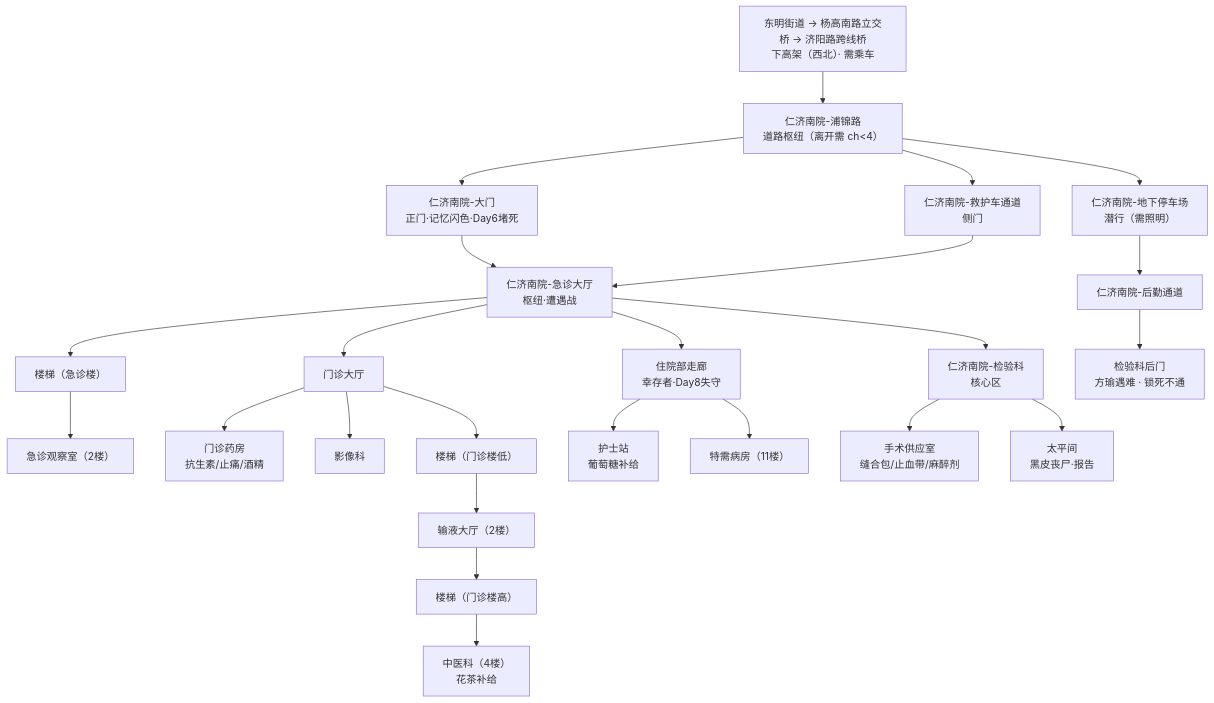
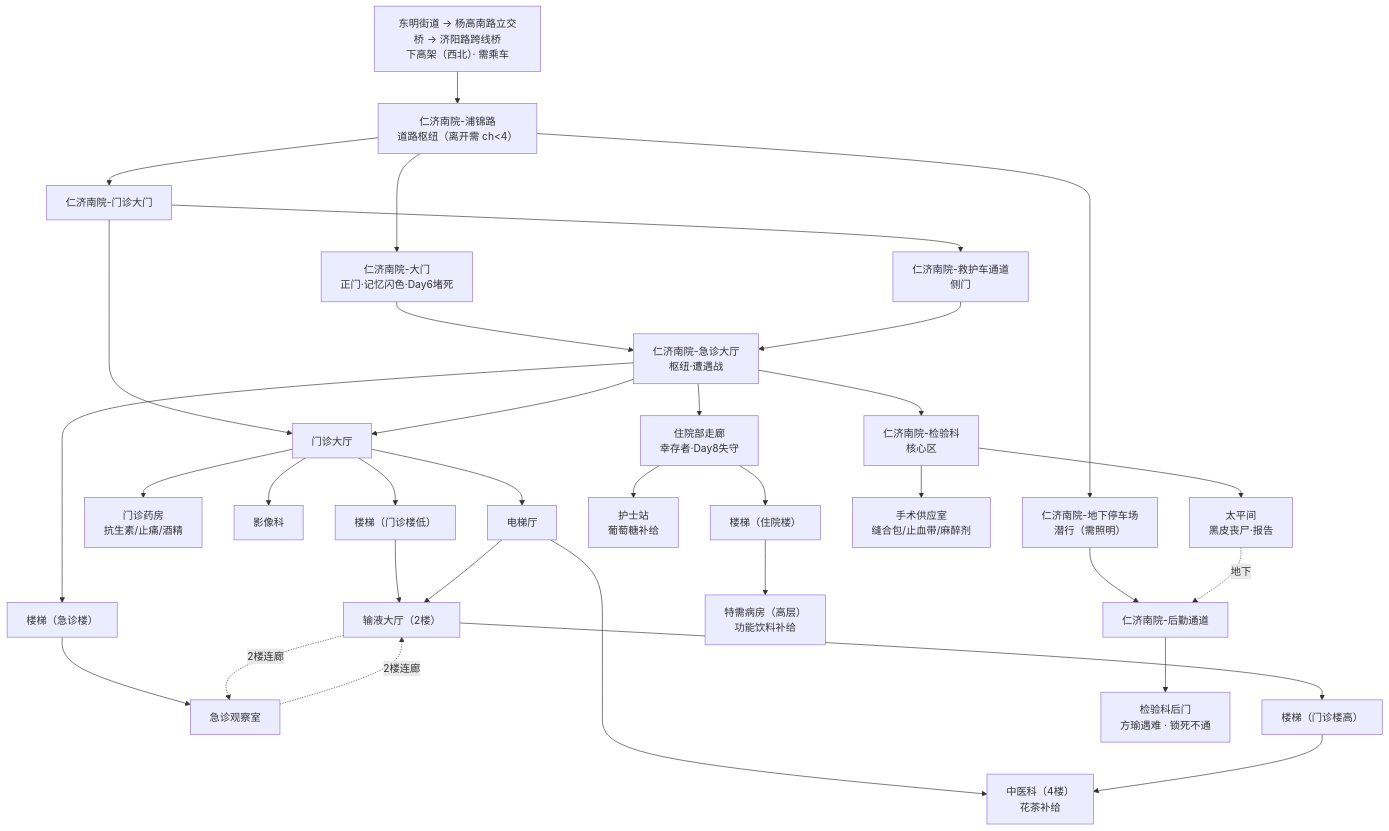
The diagram in 仁济南院设计稿.md (bobomymz/Plot-Game), drawn with Mermaid before and after one commit. The commit also changed other lines of this file and 2 other files, not shown here.

Commit message:
auto: 2026-08-26 20:00

````diff
--- a/仁济南院设计稿.md
+++ b/仁济南院设计稿.md
@@ -111,33 +115,43 @@
 ```mermaid
 flowchart TD
     START["东明街道 → 杨高南路立交桥 → 济阳路跨线桥<br/>下高架（西北）· 需乘车"] --> RIVER["仁济南院-浦锦路<br/>道路枢纽（离开需 ch<4）"]
 
     RIVER --> MAIN["仁济南院-大门<br/>正门·记忆闪色·Day6堵死"]
-    RIVER --> AMB["仁济南院-救护车通道<br/>侧门"]
+    RIVER --> MENZHEN["仁济南院-门诊大门"]
     RIVER --> PARK["仁济南院-地下停车场<br/>潜行（需照明）"]
+
+    MENZHEN --> HALL["门诊大厅"]
+    MENZHEN --> AMB["仁济南院-救护车通道<br/>侧门"]
 
     MAIN --> ER["仁济南院-急诊大厅<br/>枢纽·遭遇战"]
     AMB --> ER
     PARK --> CORRIDOR["仁济南院-后勤通道"]
 
-    ER --> HALL["门诊大厅"]
+    ER --> HALL
     ER --> LAB["仁济南院-检验科<br/>核心区"]
     ER --> WARD["住院部走廊<br/>幸存者·Day8失守"]
     ER --> STAIR1["楼梯（急诊楼）"]
     STAIR1 --> OBS["急诊观察室（2楼）"]
 
     HALL --> PHARMACY["门诊药房<br/>抗生素/止痛/酒精"]
     HALL --> RADIO["影像科"]
     HALL --> STAIR2["楼梯（门诊楼低）"]
+    HALL --> LIFT["电梯厅"]
     STAIR2 --> INFUSION["输液大厅（2楼）"]
+    LIFT --> INFUSION
+    LIFT --> TCM["中医科（4楼）<br/>花茶补给"]
     INFUSION --> STAIR3["楼梯（门诊楼高）"]
-    STAIR3 --> TCM["中医科（4楼）<br/>花茶补给"]
+    STAIR3 --> TCM
+    INFUSION -.2楼连廊.-> OBS["急诊观察室"]
+    OBS -.2楼连廊.-> INFUSION
 
     WARD --> NURSE["护士站<br/>葡萄糖补给"]
-    WARD --> VIP["特需病房（11楼）"]
+    WARD --> STAIR4["楼梯（住院楼）"]
+    STAIR4 --> VIP["特需病房（高层）<br/>功能饮料补给"]
 
     LAB --> SUPPLY["手术供应室<br/>缝合包/止血带/麻醉剂"]
     LAB --> MORGUE["太平间<br/>黑皮丧尸·报告"]
+    MORGUE -.地下.-> CORRIDOR
 
     CORRIDOR --> BACK["检验科后门<br/>方瑜遇难 · 锁死不通"]
 ```
````
